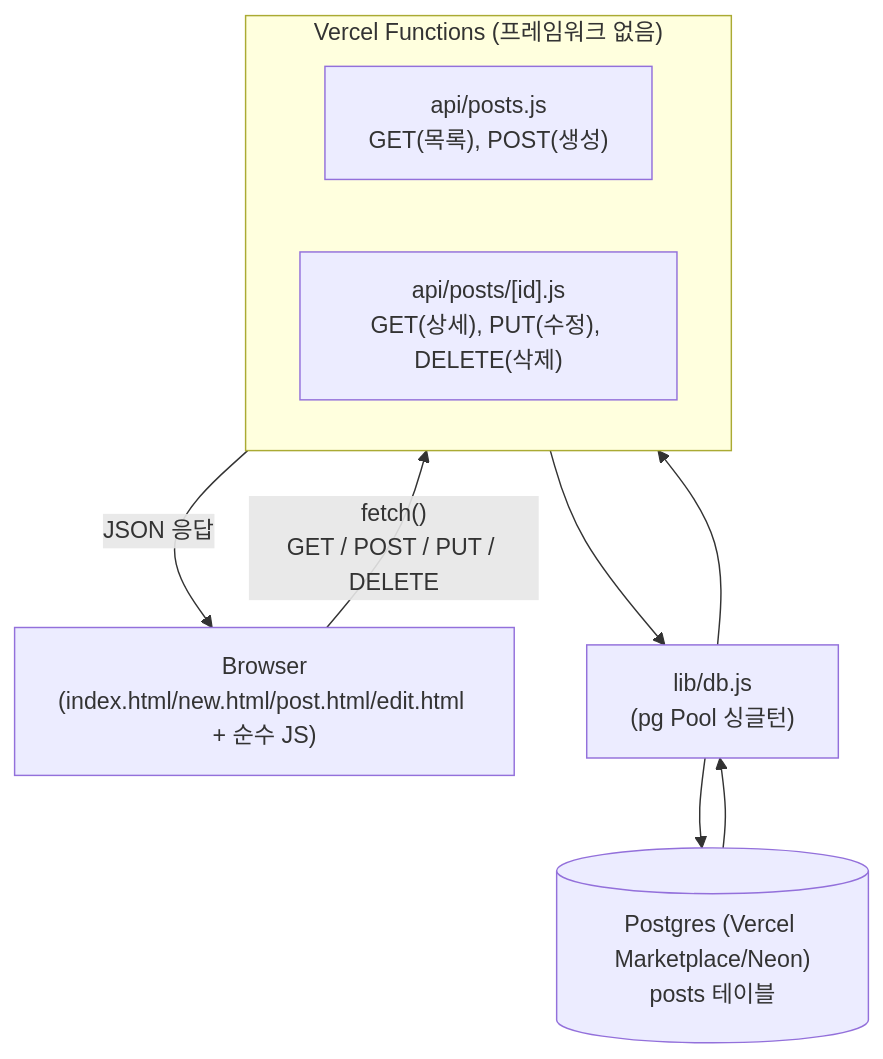
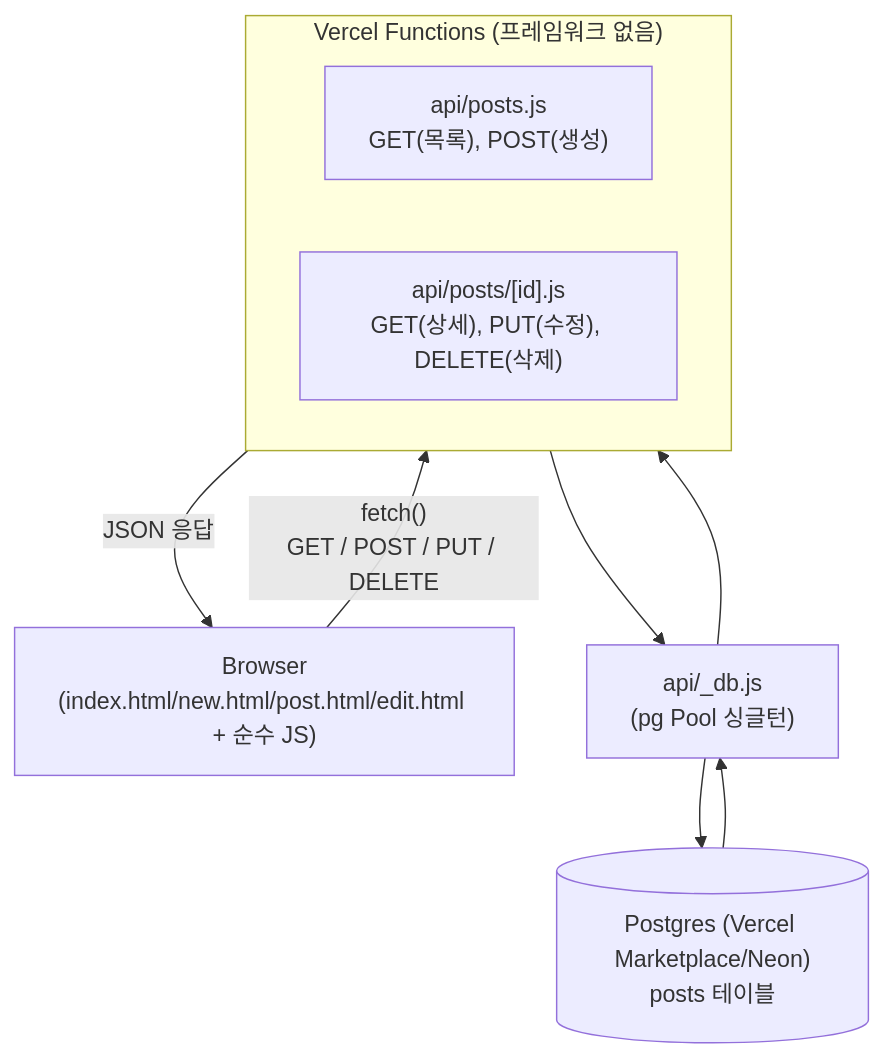
One commit to ghl0801/crud-board changed the first of 4 diagrams in docs/superpowers/specs/2026-07-28-crud-board-design.md. Above: the diagram before and after it, drawn with Mermaid. The commit also changed other lines of this file and 5 other files, not shown here.

````diff
--- a/docs/superpowers/specs/2026-07-28-crud-board-design.md
+++ b/docs/superpowers/specs/2026-07-28-crud-board-design.md
@@ -28,13 +28,13 @@
 ```mermaid
 flowchart TD
     A["Browser<br/>(index.html/new.html/post.html/edit.html + 순수 JS)"] -->|"fetch()<br/>GET / POST / PUT / DELETE"| B
 
     subgraph B["Vercel Functions (프레임워크 없음)"]
         B1["api/posts.js<br/>GET(목록), POST(생성)"]
         B2["api/posts/[id].js<br/>GET(상세), PUT(수정), DELETE(삭제)"]
     end
 
-    B --> C["lib/db.js<br/>(pg Pool 싱글턴)"]
+    B --> C["api/_db.js<br/>(pg Pool 싱글턴)"]
     C --> D[("Postgres (Vercel Marketplace/Neon)<br/>posts 테이블")]
     D --> C --> B -->|"JSON 응답"| A
 ```
````
